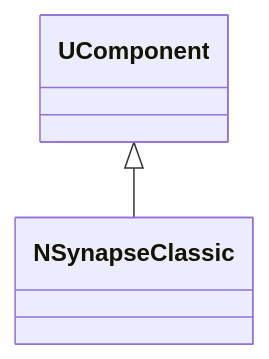
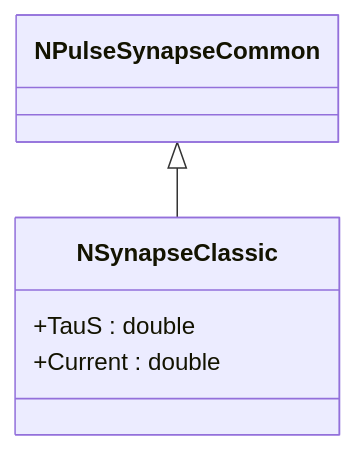
Before and after one commit to aicommunity/Nmsdk-PulseLib: the sixth of 7 diagrams in Docs/Components/NSynapseClassic.md, drawn with Mermaid. The commit also changed other lines of this file and 196 other files, not shown here.

````diff
--- a/Docs/Components/NSynapseClassic.md
+++ b/Docs/Components/NSynapseClassic.md
@@ -17,4 +256,8 @@
 ```mermaid
 classDiagram
-    UComponent <|-- NSynapseClassic
+    NPulseSynapseCommon <|-- NSynapseClassic
+    class NSynapseClassic {
+        +TauS : double
+        +Current : double
+    }
 ```
````
